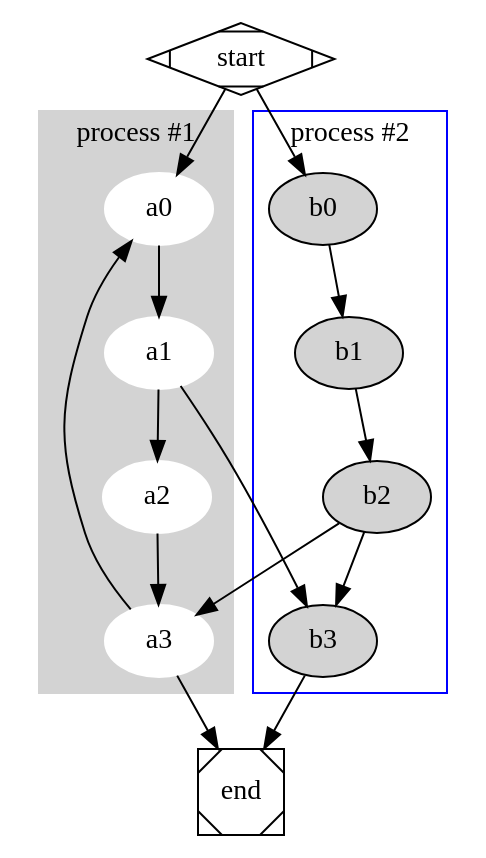
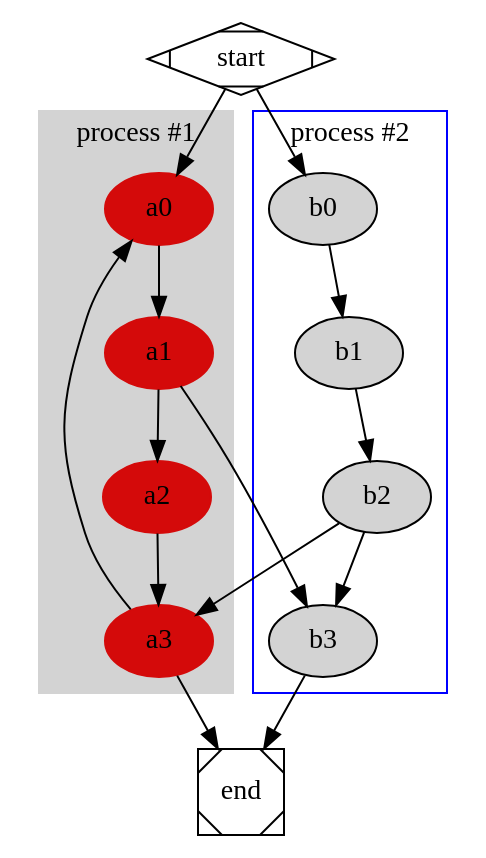
Before and after one commit to Qiu-Weidong/vscode-graphviz-extension: the diagram in examples/cluster.dot, drawn with Graphviz. The commit also changed 8 other files, not shown here.

```diff
--- a/examples/cluster.dot
+++ b/examples/cluster.dot
@@ -1,26 +1,26 @@
 strict digraph G {
 	subgraph cluster_0 {
 		style=filled;
 		color=lightgrey;
-		node [style=filled,color="white"];
+		node [style=filled,color="#d40a0aff"];
 		a0 -> a1 -> a2 -> a3;
 		label = "process #1";
 	}
 
 	subgraph cluster_1 {
 		node [style=filled];
 		b0 -> b1 -> b2 -> b3;
 		label = "process #2";
 		color=blue
 	}
 	start -> a0;
 	start -> b0;
 	a1 -> b3;
 	b2 -> a3;
 	a3 -> a0;
 	a3 -> end;
 	b3 -> end;
 
 	start [shape=Mdiamond];
 	end [shape=Msquare];                                                   
 }
```
